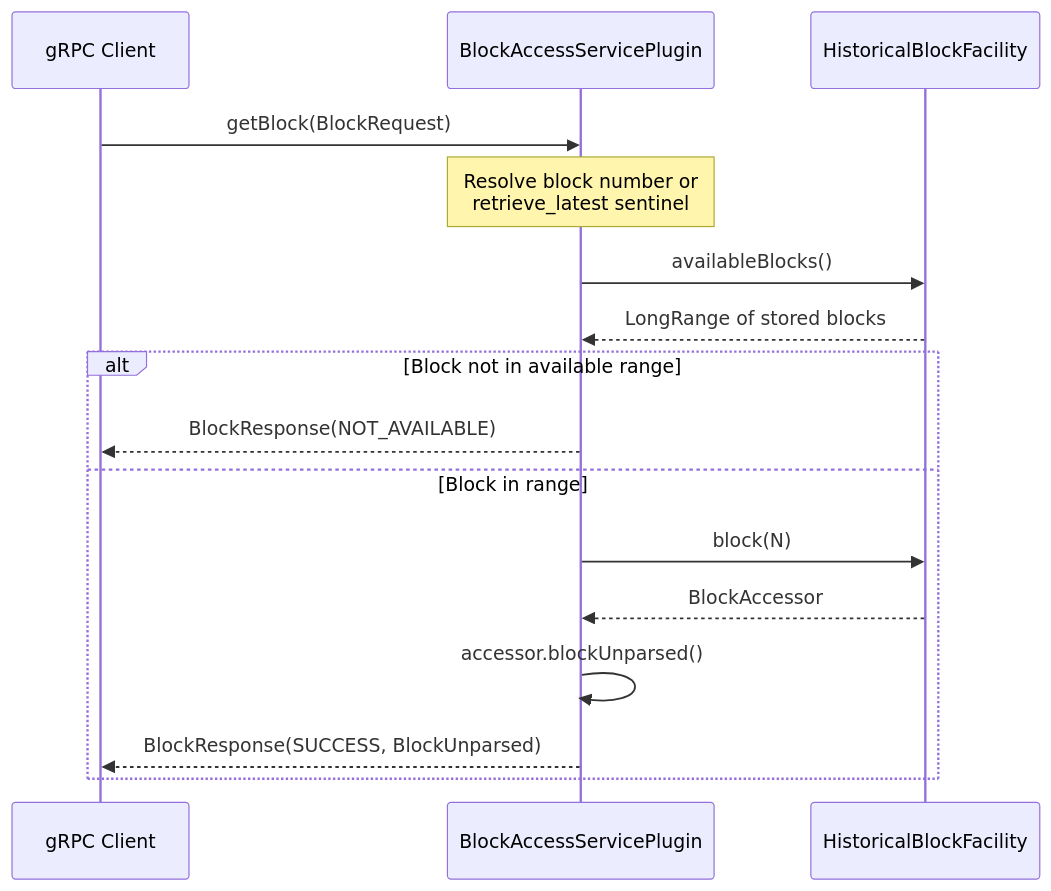
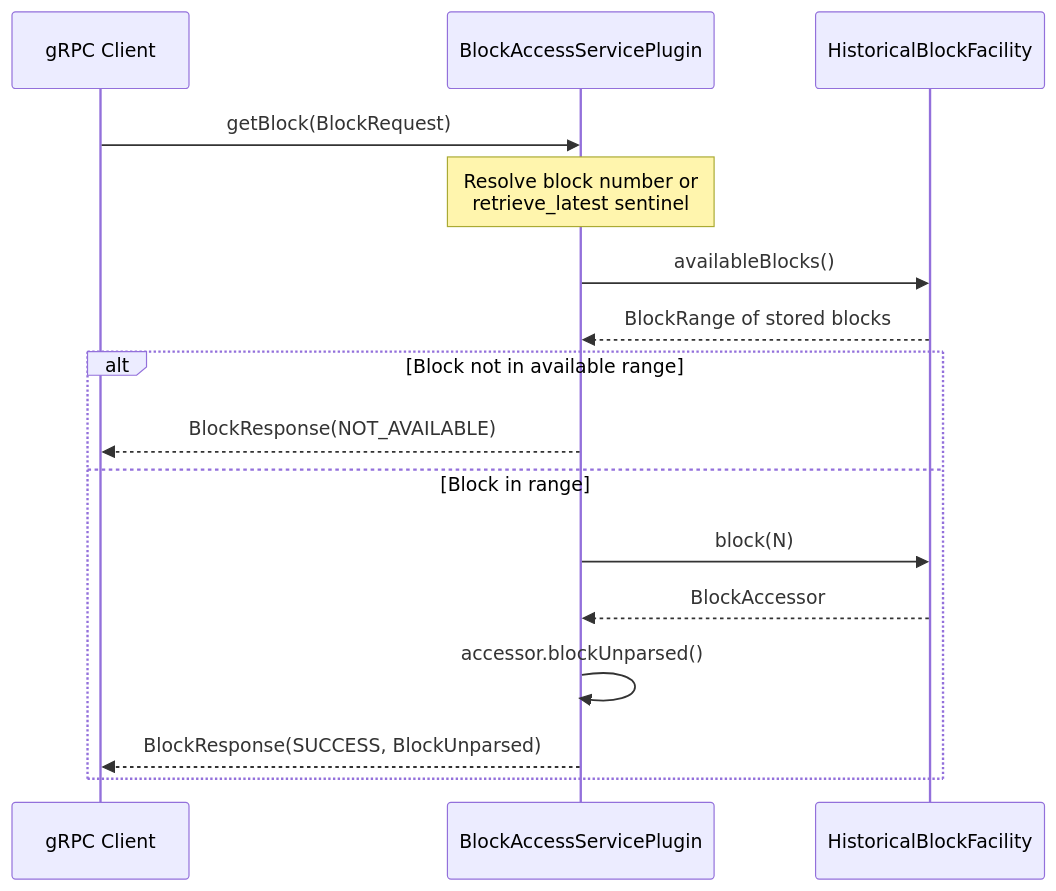
The first of 3 diagrams in block-node/block-node/architecture/data-flow.md (hiero-ledger/hiero-docs), drawn with Mermaid before and after one commit. The commit also changed 13 other files, not shown here.

````diff
--- a/block-node/block-node/architecture/data-flow.md
+++ b/block-node/block-node/architecture/data-flow.md
@@ -35,19 +35,19 @@
 ```mermaid
 sequenceDiagram
     participant Client as gRPC Client
     participant Plugin as BlockAccessServicePlugin
     participant Facility as HistoricalBlockFacility
 
     Client->>Plugin: getBlock(BlockRequest)
     Note over Plugin: Resolve block number or<br/>retrieve_latest sentinel
     Plugin->>Facility: availableBlocks()
-    Facility-->>Plugin: LongRange of stored blocks
+    Facility-->>Plugin: BlockRange of stored blocks
     alt Block not in available range
         Plugin-->>Client: BlockResponse(NOT_AVAILABLE)
     else Block in range
         Plugin->>Facility: block(N)
         Facility-->>Plugin: BlockAccessor
         Plugin->>Plugin: accessor.blockUnparsed()
         Plugin-->>Client: BlockResponse(SUCCESS, BlockUnparsed)
     end
 ```
````
